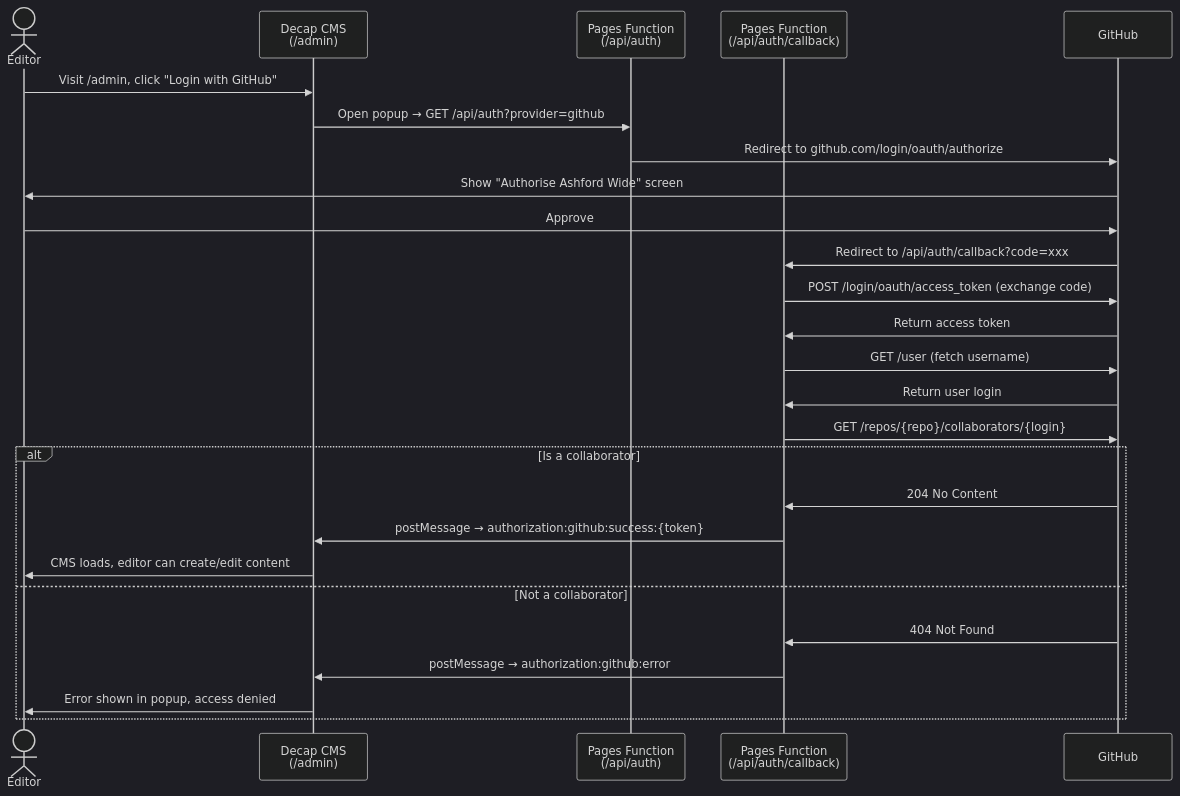
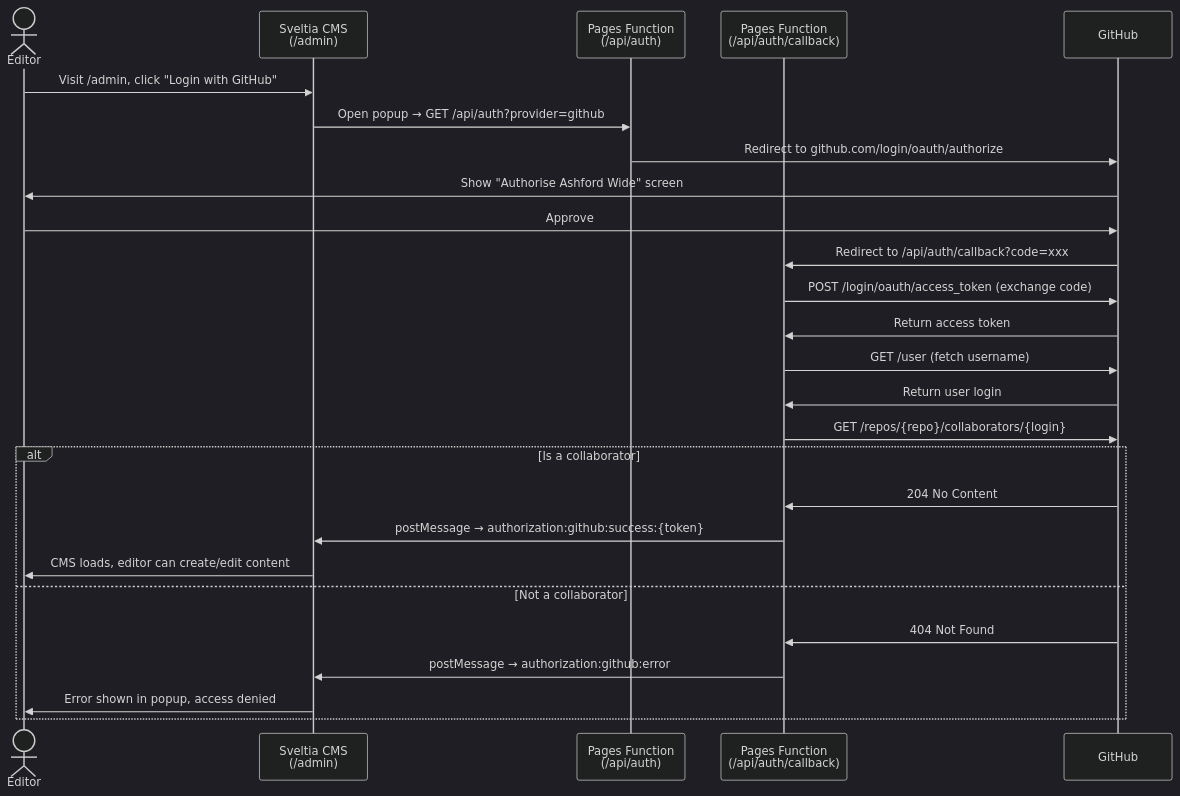
One commit to Ashford-Wide/ashford_wide changed the diagram in documentation.md. Above: the diagram before and after it, drawn with Mermaid (dark theme). The commit also changed other lines of this file, not shown here.

````diff
--- a/documentation.md
+++ b/documentation.md
@@ -455,29 +457,29 @@
 ```mermaid
 sequenceDiagram
     actor Editor
-    participant CMS as Decap CMS<br/>(/admin)
+    participant CMS as Sveltia CMS<br/>(/admin)
     participant Auth as Pages Function<br/>(/api/auth)
     participant CB as Pages Function<br/>(/api/auth/callback)
     participant GH as GitHub
 
     Editor->>CMS: Visit /admin, click "Login with GitHub"
     CMS->>Auth: Open popup → GET /api/auth?provider=github
     Auth->>GH: Redirect to github.com/login/oauth/authorize
     GH->>Editor: Show "Authorise Ashford Wide" screen
     Editor->>GH: Approve
     GH->>CB: Redirect to /api/auth/callback?code=xxx
     CB->>GH: POST /login/oauth/access_token (exchange code)
     GH->>CB: Return access token
     CB->>GH: GET /user (fetch username)
     GH->>CB: Return user login
     CB->>GH: GET /repos/{repo}/collaborators/{login}
     alt Is a collaborator
         GH->>CB: 204 No Content
         CB->>CMS: postMessage → authorization:github:success:{token}
         CMS->>Editor: CMS loads, editor can create/edit content
     else Not a collaborator
         GH->>CB: 404 Not Found
         CB->>CMS: postMessage → authorization:github:error
         CMS->>Editor: Error shown in popup, access denied
     end
 ```
````
